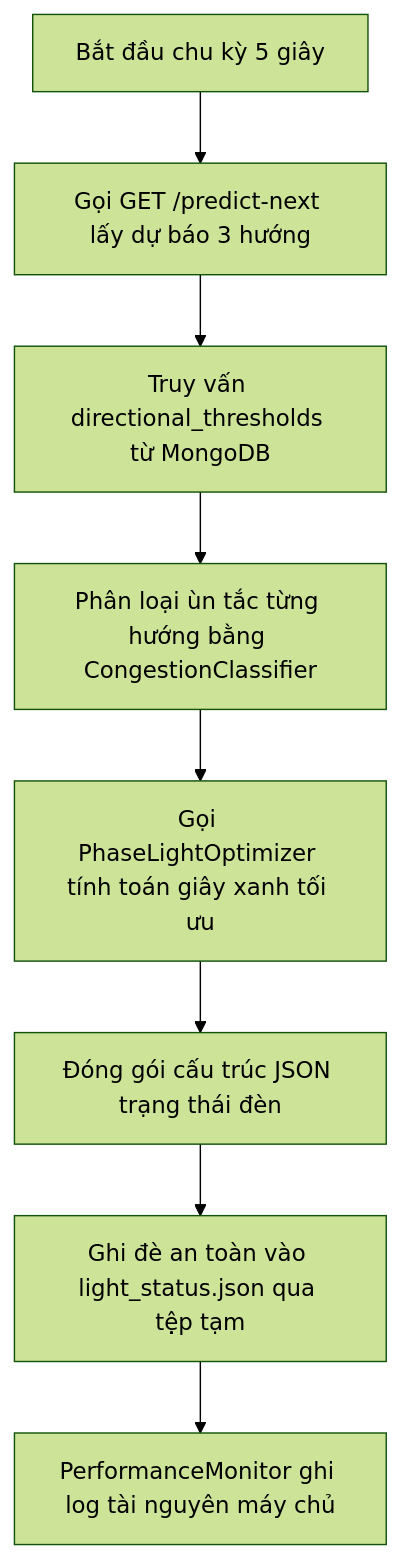
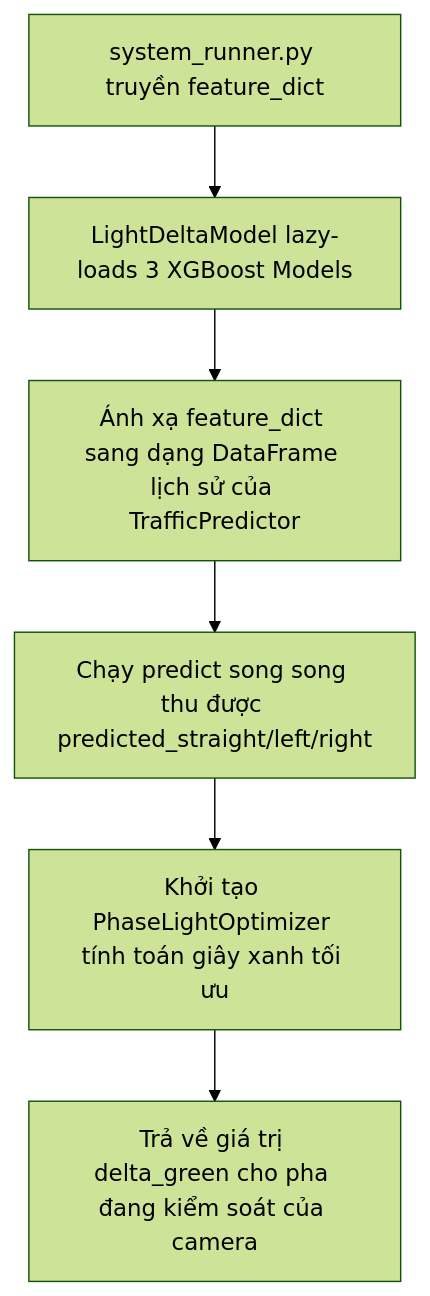
One commit to LeeVHoangtk3/traffic-density-analysis-system changed the diagram in docs/plan/task_6_system_integration.md. Above: the diagram before and after it, drawn with Mermaid (forest theme). The commit also changed other lines of this file and 16 other files, not shown here.

````diff
--- a/docs/plan/task_6_system_integration.md
+++ b/docs/plan/task_6_system_integration.md
@@ -67,10 +31,8 @@
 ```mermaid
 flowchart TD
-    A[Bắt đầu chu kỳ 5 giây] --> B[Gọi GET /predict-next lấy dự báo 3 hướng]
-    B --> C[Truy vấn directional_thresholds từ MongoDB]
-    C --> D[Phân loại ùn tắc từng hướng bằng CongestionClassifier]
-    D --> E[Gọi PhaseLightOptimizer tính toán giây xanh tối ưu]
-    E --> F[Đóng gói cấu trúc JSON trạng thái đèn]
-    F --> G[Ghi đè an toàn vào light_status.json qua tệp tạm]
-    G --> H[PerformanceMonitor ghi log tài nguyên máy chủ]
+    A[system_runner.py truyền feature_dict] --> B[LightDeltaModel lazy-loads 3 XGBoost Models]
+    B --> C[Ánh xạ feature_dict sang dạng DataFrame lịch sử của TrafficPredictor]
+    C --> D[Chạy predict song song thu được predicted_straight/left/right]
+    D --> E[Khởi tạo PhaseLightOptimizer tính toán giây xanh tối ưu]
+    E --> F[Trả về giá trị delta_green cho pha đang kiểm soát của camera]
 ```
````
